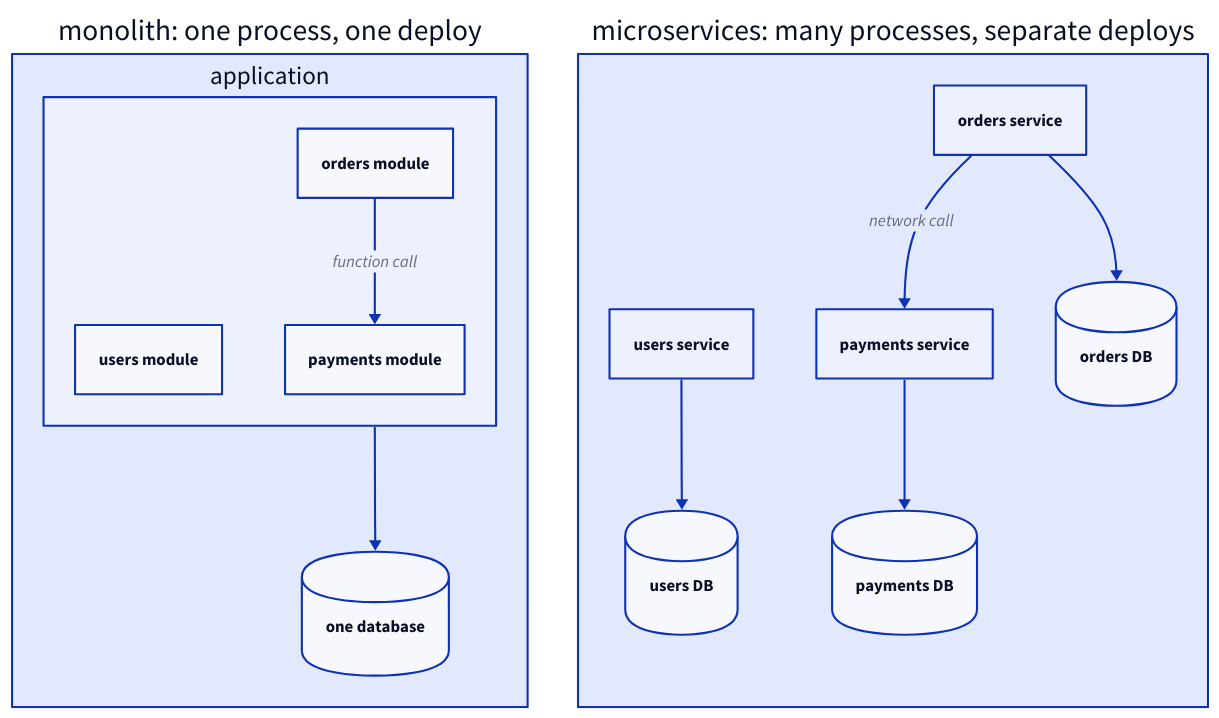
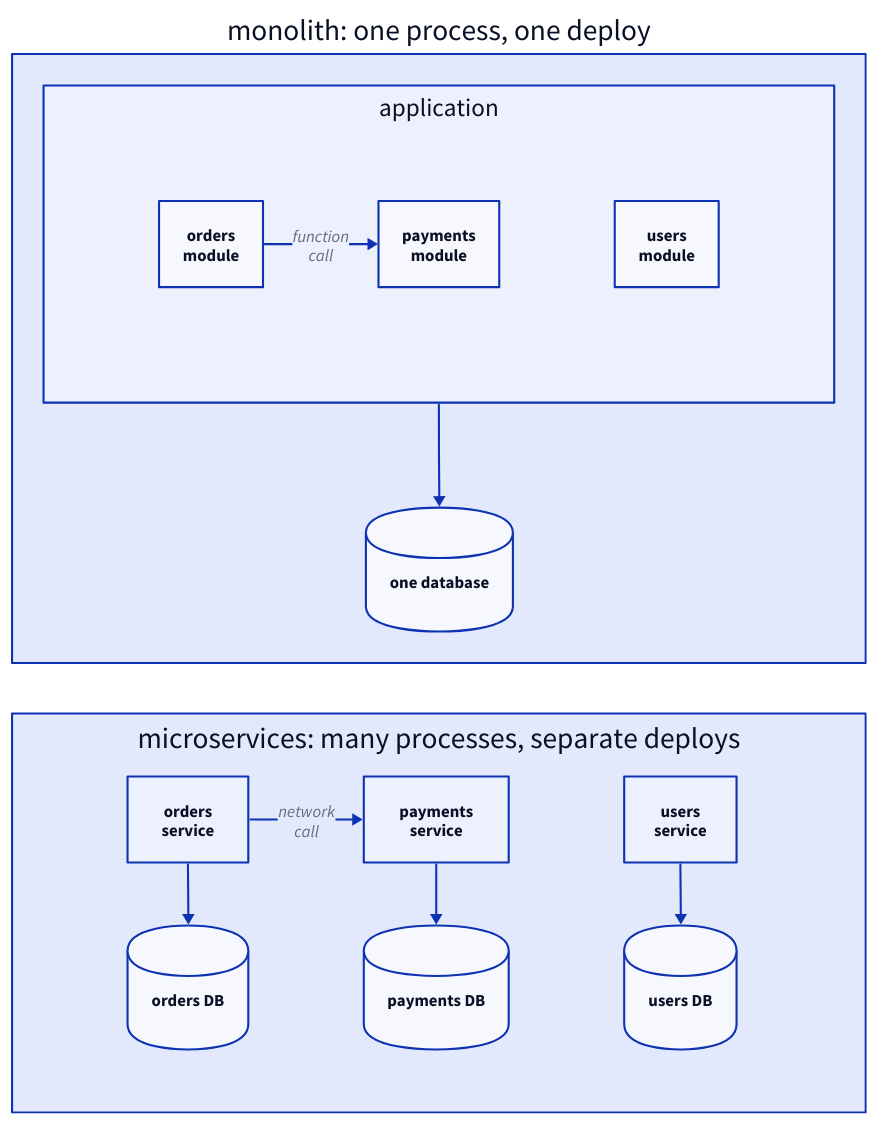
The diagram in content/architecture/microservices/compare.d2 (Tianbo-Qiu/build), drawn with D2 before and after one commit. The commit also changed 27 other files, not shown here.

First line of the commit message:
Reflow oversized diagrams for readability

```diff
--- a/content/architecture/microservices/compare.d2
+++ b/content/architecture/microservices/compare.d2
@@ -1,28 +1,32 @@
-grid-columns: 2
+grid-rows: 2
 grid-gap: 48
 
 mono: "monolith: one process, one deploy" {
   direction: down
   app: "application" {
-    direction: down
-    o: "orders module"
-    u: "users module"
-    p: "payments module"
+    grid-columns: 3
+    grid-gap: 110
+    o: "orders\nmodule"
+    p: "payments\nmodule"
+    u: "users\nmodule"
+    o -> p: "function\ncall"
   }
   db: "one database" {shape: cylinder}
   app -> db
-  app.o -> app.p: "function call"
 }
 micro: "microservices: many processes, separate deploys" {
-  direction: down
-  o: "orders service"
-  u: "users service"
-  p: "payments service"
+  grid-rows: 2
+  grid-columns: 3
+  horizontal-gap: 110
+  vertical-gap: 60
+  o: "orders\nservice"
+  p: "payments\nservice"
+  u: "users\nservice"
   odb: "orders DB" {shape: cylinder}
+  pdb: "payments DB" {shape: cylinder}
   udb: "users DB" {shape: cylinder}
-  pdb: "payments DB" {shape: cylinder}
   o -> odb
   u -> udb
   p -> pdb
-  o -> p: "network call"
+  o -> p: "network\ncall"
 }
```
